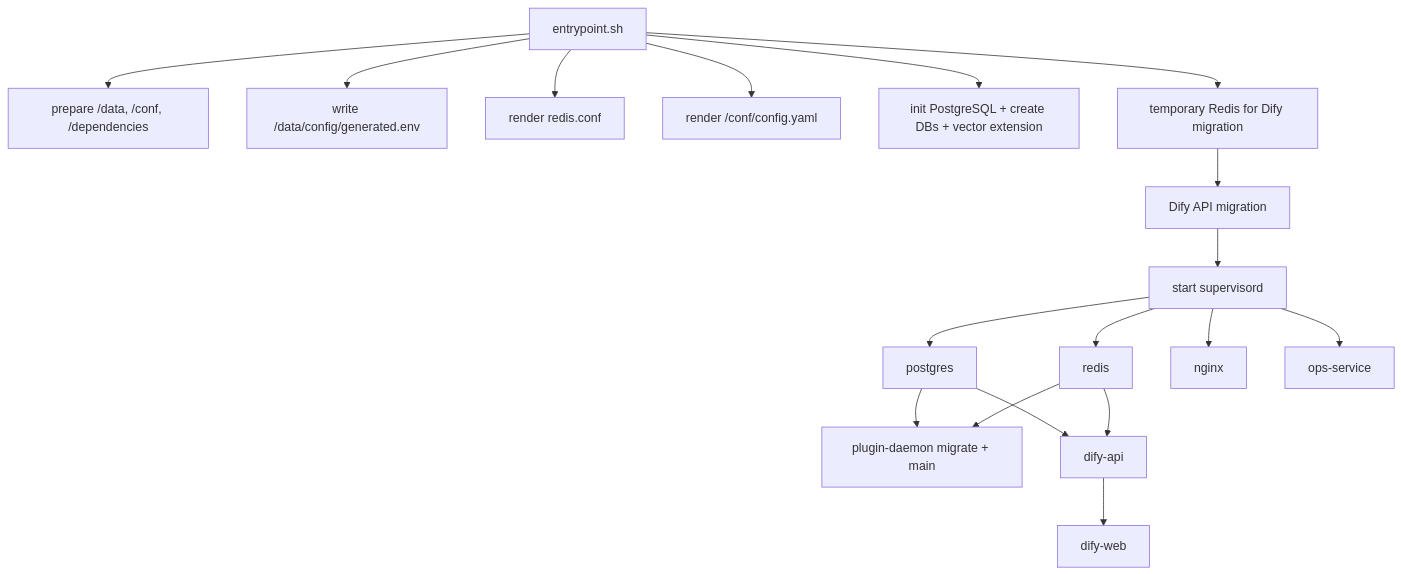
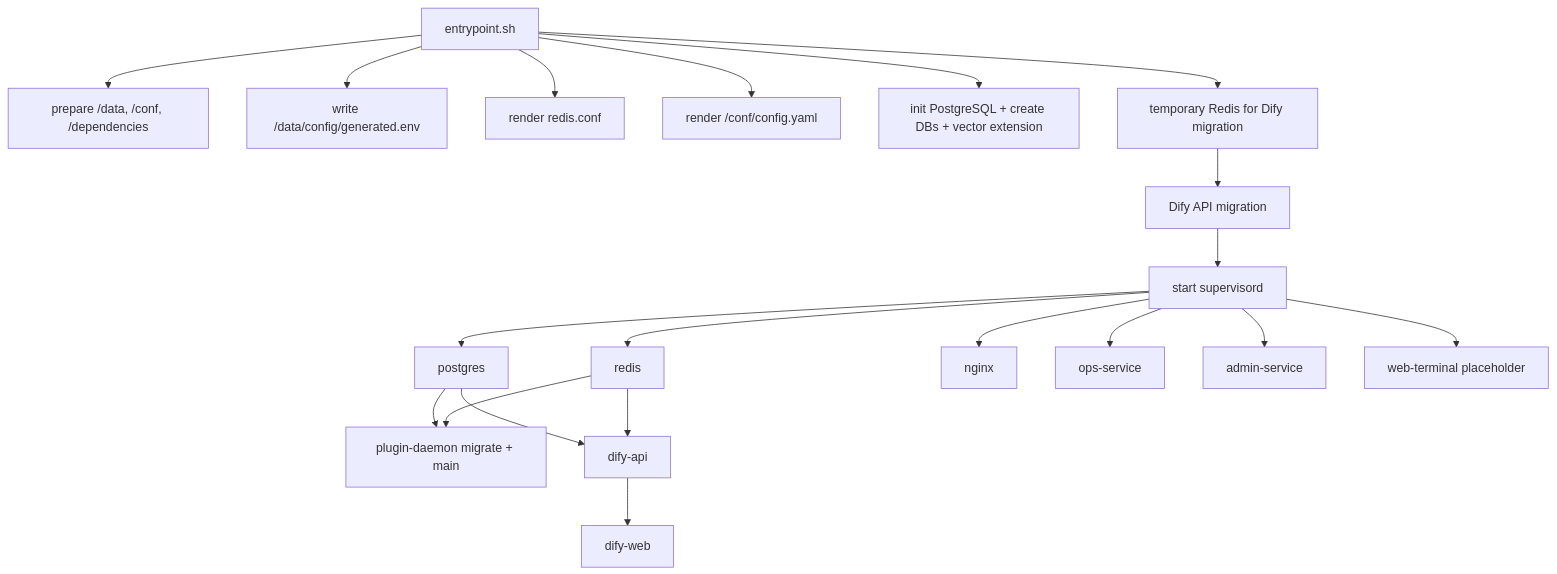
The third of 3 diagrams in docs/architecture.md (BlueSkyXN/Dify-all-in-one-HFS), drawn with Mermaid before and after one commit. The commit also changed other lines of this file and 18 other files, not shown here.

````diff
--- a/docs/architecture.md
+++ b/docs/architecture.md
@@ -104,20 +114,22 @@
 ```mermaid
 flowchart TD
     entry["entrypoint.sh"] --> dirs["prepare /data, /conf, /dependencies"]
     entry --> secrets["write /data/config/generated.env"]
     entry --> redis_conf["render redis.conf"]
     entry --> sandbox_conf["render /conf/config.yaml"]
     entry --> pg_init["init PostgreSQL + create DBs + vector extension"]
     entry --> temp_redis["temporary Redis for Dify migration"]
     temp_redis --> dify_migrate["Dify API migration"]
     dify_migrate --> supervisor["start supervisord"]
     supervisor --> postgres["postgres"]
     supervisor --> redis["redis"]
     postgres --> plugin["plugin-daemon migrate + main"]
     redis --> plugin
     postgres --> api["dify-api"]
     redis --> api
     api --> web["dify-web"]
     supervisor --> nginx["nginx"]
     supervisor --> ops["ops-service"]
+    supervisor --> admin["admin-service"]
+    supervisor --> terminal["web-terminal placeholder"]
 ```
````
